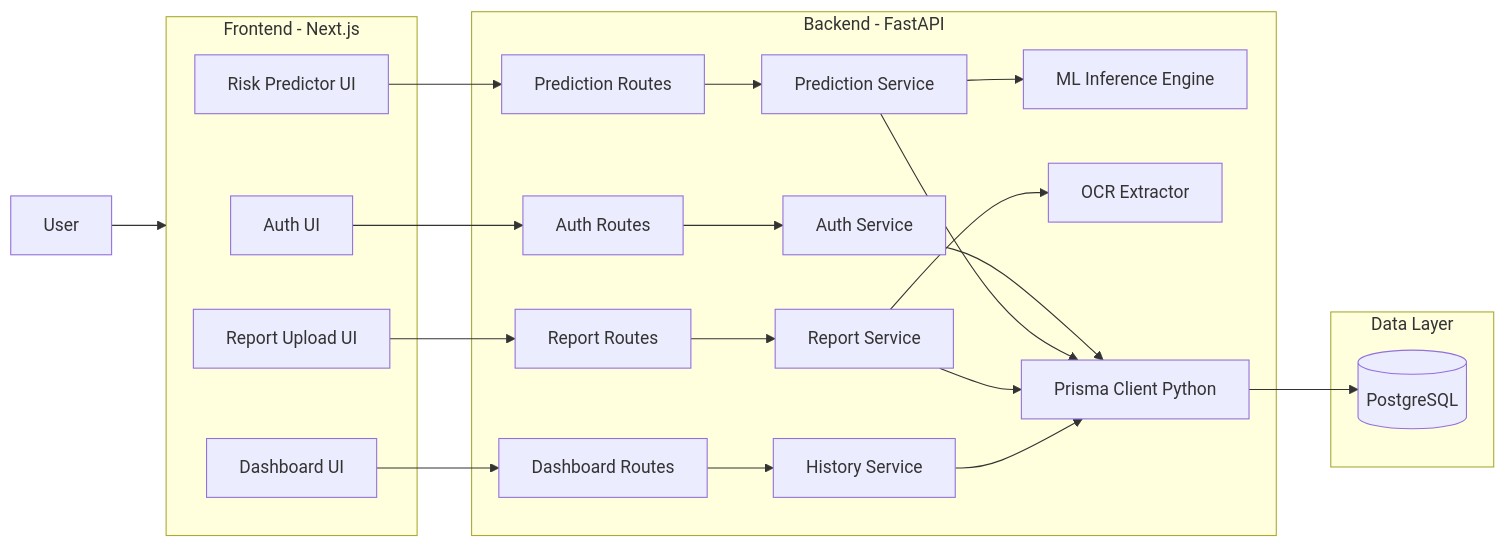
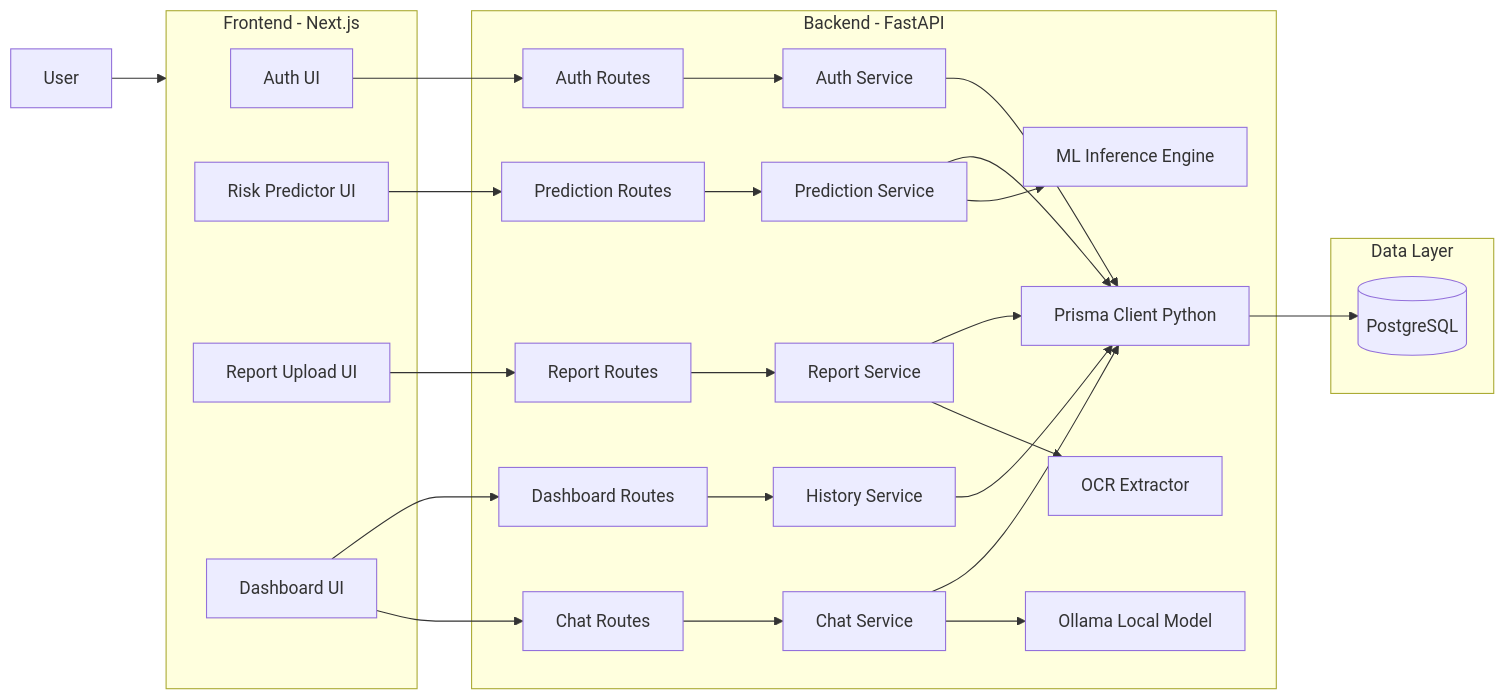
The first of 4 diagrams in README.md (Prxnesh/GlucoX), drawn with Mermaid before and after one commit. The commit also changed other lines of this file and 17 other files, not shown here.

````diff
--- a/README.md
+++ b/README.md
@@ -98,43 +106,48 @@
 ```mermaid
 flowchart LR
   U[User]
 
   subgraph FE[Frontend - Next.js]
     A[Auth UI]
     P[Risk Predictor UI]
     R[Report Upload UI]
     D[Dashboard UI]
   end
 
   subgraph BE[Backend - FastAPI]
     AR[Auth Routes]
+    CR[Chat Routes]
     PR[Prediction Routes]
     RR[Report Routes]
     DR[Dashboard Routes]
 
     AS[Auth Service]
+    CS[Chat Service]
     PS[Prediction Service]
     RS[Report Service]
     HS[History Service]
 
     ML[ML Inference Engine]
+    LLM[Ollama Local Model]
     OCR[OCR Extractor]
     ORM[Prisma Client Python]
   end
 
   subgraph DB[Data Layer]
     PG[(PostgreSQL)]
   end
 
   U --> FE
   A --> AR --> AS
+  D --> CR --> CS --> LLM
   P --> PR --> PS --> ML
   R --> RR --> RS --> OCR
   D --> DR --> HS
 
   AS --> ORM
+  CS --> ORM
   PS --> ORM
   RS --> ORM
   HS --> ORM
   ORM --> PG
 ```
````
